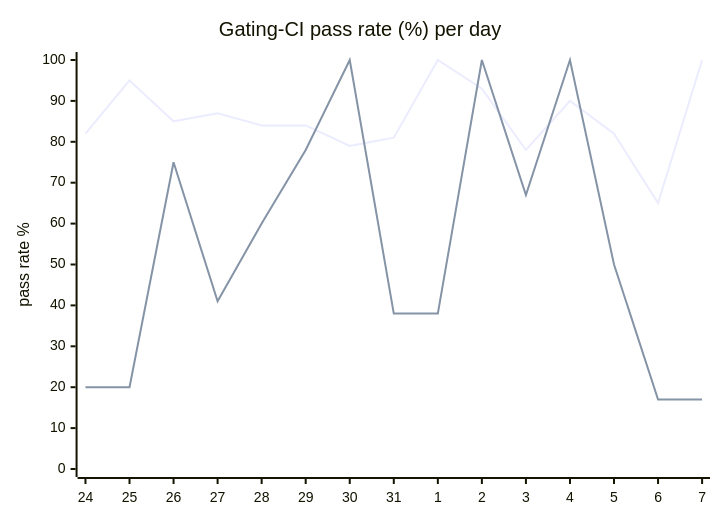
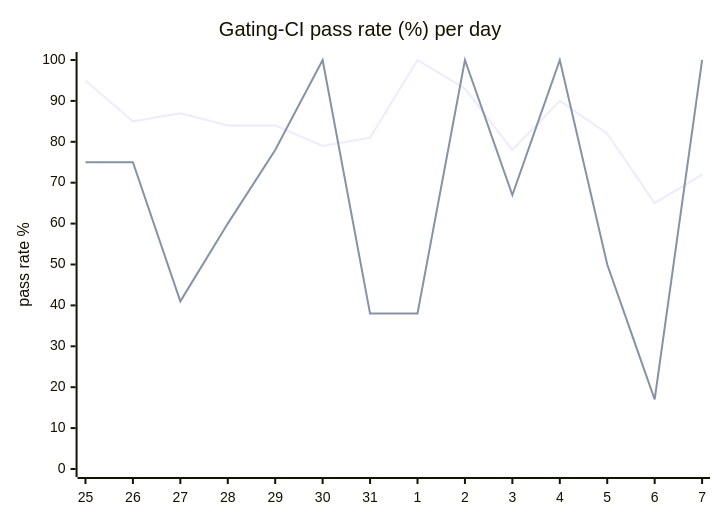
The diagram in hack/ci/ci-dashboard/staging/issue.md (hatchet-dev/hatchet), drawn with Mermaid before and after one commit. The commit also changed other lines of this file, not shown here.

````diff
--- a/hack/ci/ci-dashboard/staging/issue.md
+++ b/hack/ci/ci-dashboard/staging/issue.md
@@ -9,8 +9,8 @@
 ```mermaid
 xychart-beta
   title "Gating-CI pass rate (%) per day"
-  x-axis [24, 25, 26, 27, 28, 29, 30, 31, 1, 2, 3, 4, 5, 6, 7]
+  x-axis [25, 26, 27, 28, 29, 30, 31, 1, 2, 3, 4, 5, 6, 7]
   y-axis "pass rate %" 0 --> 100
-  line "CI" [82, 95, 85, 87, 84, 84, 79, 81, 100, 93, 78, 90, 82, 65, 100]
-  line "main" [20, 20, 75, 41, 60, 78, 100, 38, 38, 100, 67, 100, 50, 17, 17]
+  line "CI" [95, 85, 87, 84, 84, 79, 81, 100, 93, 78, 90, 82, 65, 72]
+  line "main" [75, 75, 41, 60, 78, 100, 38, 38, 100, 67, 100, 50, 17, 100]
 ```
````
